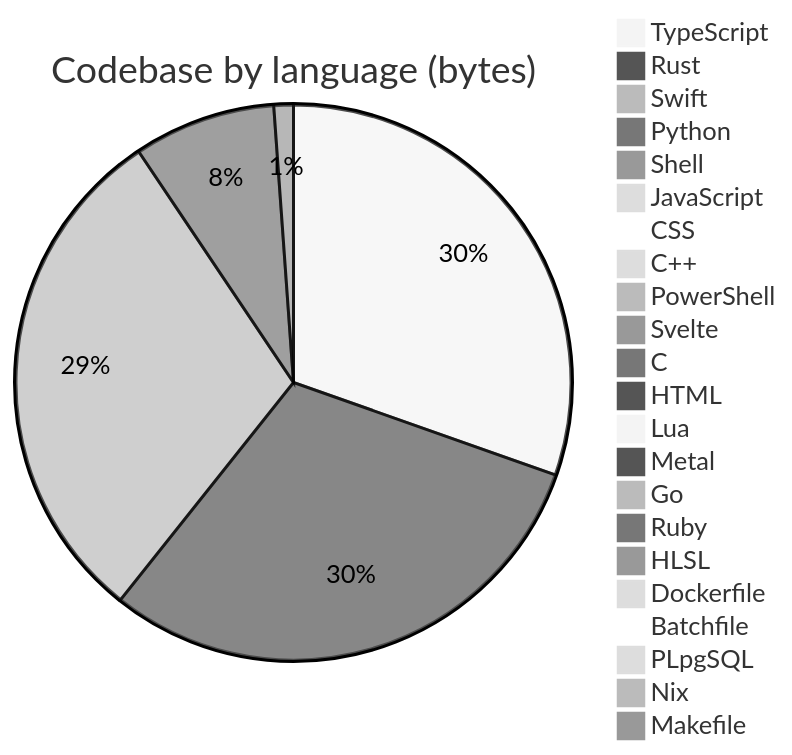
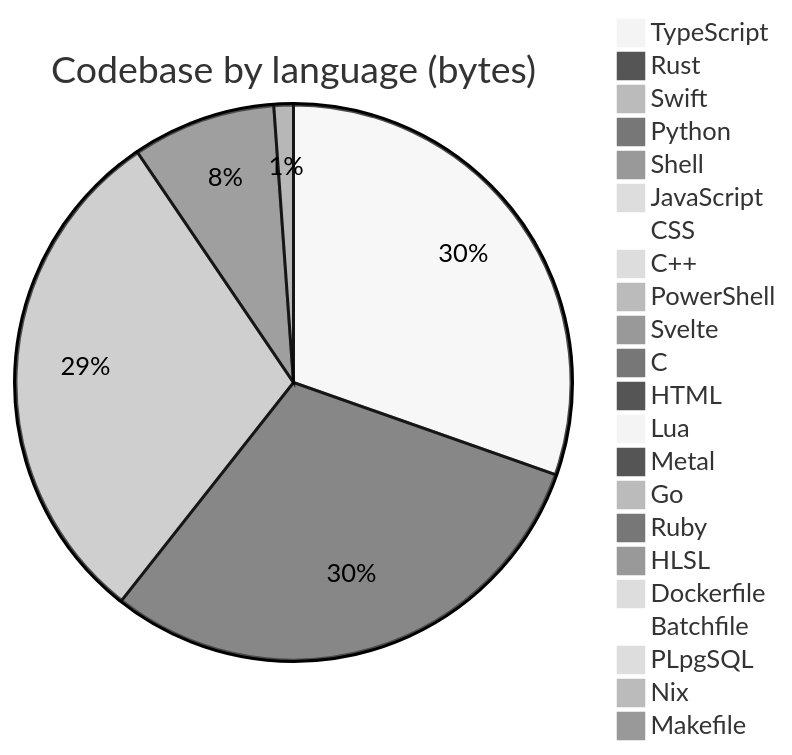
One commit to Open330/.github changed the diagram in profile/README.md. Above: the diagram before and after it, drawn with Mermaid (neutral theme). The commit also changed other lines of this file and 1 other file, not shown here.

````diff
--- a/profile/README.md
+++ b/profile/README.md
@@ -139,25 +139,25 @@
 ```mermaid
 pie title Codebase by language (bytes)
-    "TypeScript" : 39195411
+    "TypeScript" : 39240572
     "Rust" : 39058613
-    "Swift" : 38545620
-    "Python" : 10649535
+    "Swift" : 38609874
+    "Python" : 10777593
     "Shell" : 1464195
     "JavaScript" : 986947
-    "CSS" : 520026
+    "CSS" : 521756
     "C++" : 388775
     "PowerShell" : 333788
     "Svelte" : 275766
     "C" : 197825
-    "HTML" : 170268
+    "HTML" : 179522
     "Lua" : 48814
     "Metal" : 33192
     "Go" : 22811
     "Ruby" : 9499
     "HLSL" : 7527
     "Dockerfile" : 7454
     "Batchfile" : 5660
     "PLpgSQL" : 5283
     "Nix" : 3168
     "Makefile" : 1692
 ```
````
